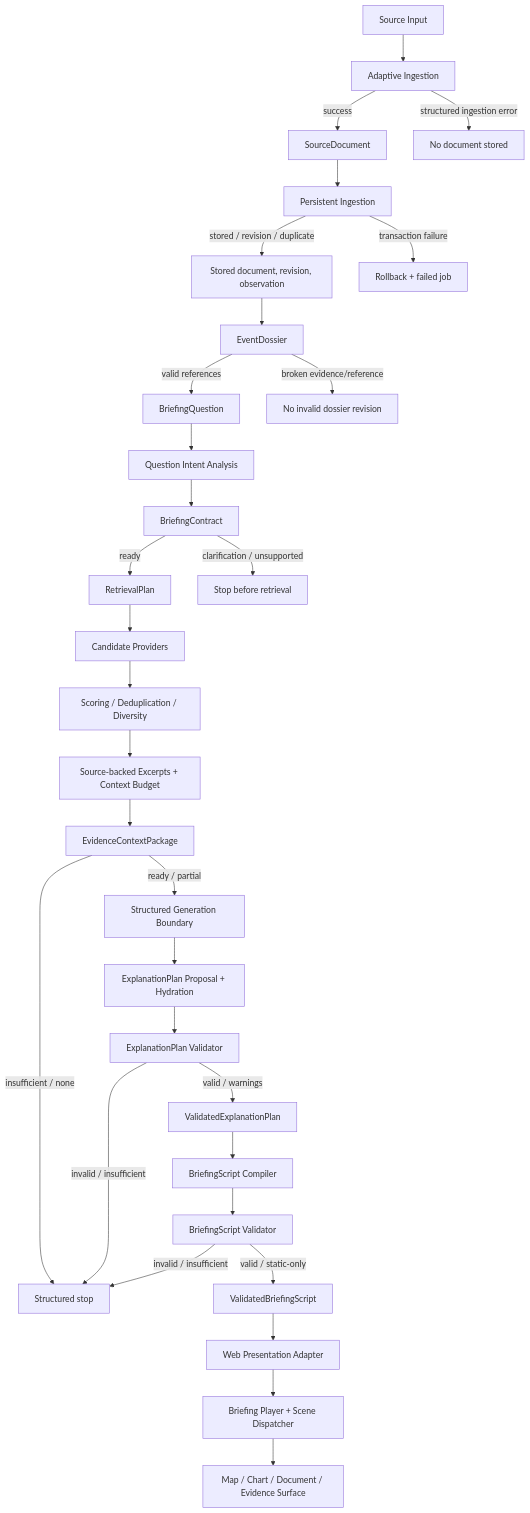
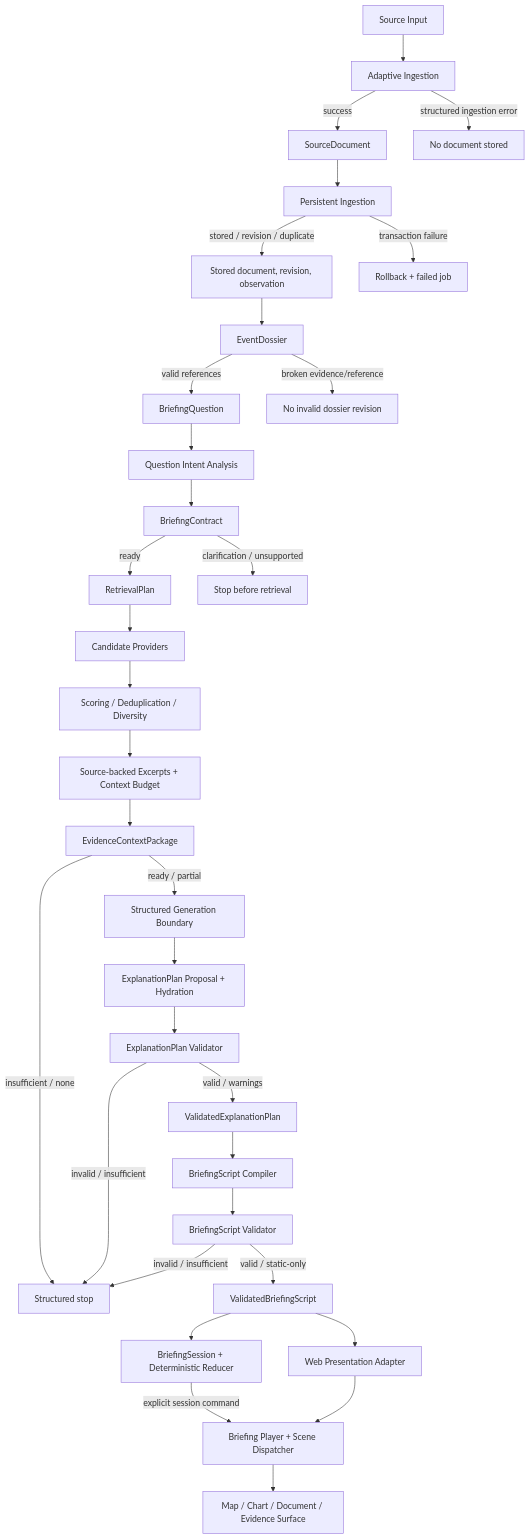
One commit to cooly12241113-glitch/world-news-ai changed the diagram in docs/architecture/End-to-End-Data-Flow.md. Above: the diagram before and after it, drawn with Mermaid. The commit also changed 22 other files, not shown here.

Commit message:
feat: add briefing session domain and reducer

````diff
--- a/docs/architecture/End-to-End-Data-Flow.md
+++ b/docs/architecture/End-to-End-Data-Flow.md
@@ -3,33 +3,35 @@
 ```mermaid
 flowchart TD
   S["Source Input"] --> I["Adaptive Ingestion"]
   I -->|success| D["SourceDocument"]
   I -->|structured ingestion error| IF["No document stored"]
   D --> P["Persistent Ingestion"]
   P -->|stored / revision / duplicate| R["Stored document, revision, observation"]
   P -->|transaction failure| PF["Rollback + failed job"]
   R --> E["EventDossier"]
   E -->|valid references| Q["BriefingQuestion"]
   E -->|broken evidence/reference| EF["No invalid dossier revision"]
   Q --> A["Question Intent Analysis"]
   A --> C["BriefingContract"]
   C -->|ready| RP["RetrievalPlan"]
   C -->|clarification / unsupported| CF["Stop before retrieval"]
   RP --> CP["Candidate Providers"]
   CP --> SD["Scoring / Deduplication / Diversity"]
   SD --> X["Source-backed Excerpts + Context Budget"]
   X --> EC["EvidenceContextPackage"]
   EC -->|ready / partial| GP["Structured Generation Boundary"]
   EC -->|insufficient / none| ES["Structured stop"]
   GP --> EP["ExplanationPlan Proposal + Hydration"]
   EP --> EV["ExplanationPlan Validator"]
   EV -->|valid / warnings| VP["ValidatedExplanationPlan"]
   EV -->|invalid / insufficient| ES["Structured stop"]
   VP --> SC["BriefingScript Compiler"]
   SC --> SV["BriefingScript Validator"]
   SV -->|valid / static-only| VS["ValidatedBriefingScript"]
   SV -->|invalid / insufficient| ES
   VS --> WA["Web Presentation Adapter"]
+  VS --> BS["BriefingSession + Deterministic Reducer"]
+  BS -->|explicit session command| BP
   WA --> BP["Briefing Player + Scene Dispatcher"]
   BP --> F["Map / Chart / Document / Evidence Surface"]
 ```
````
